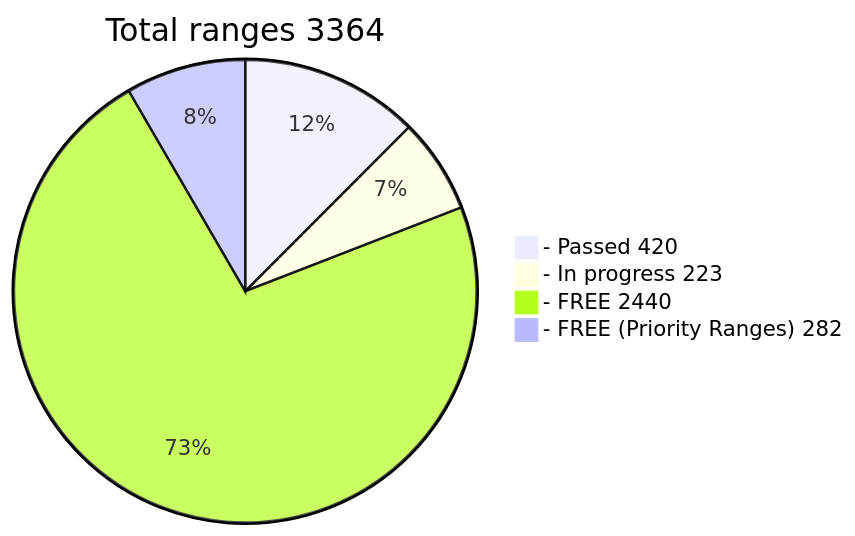
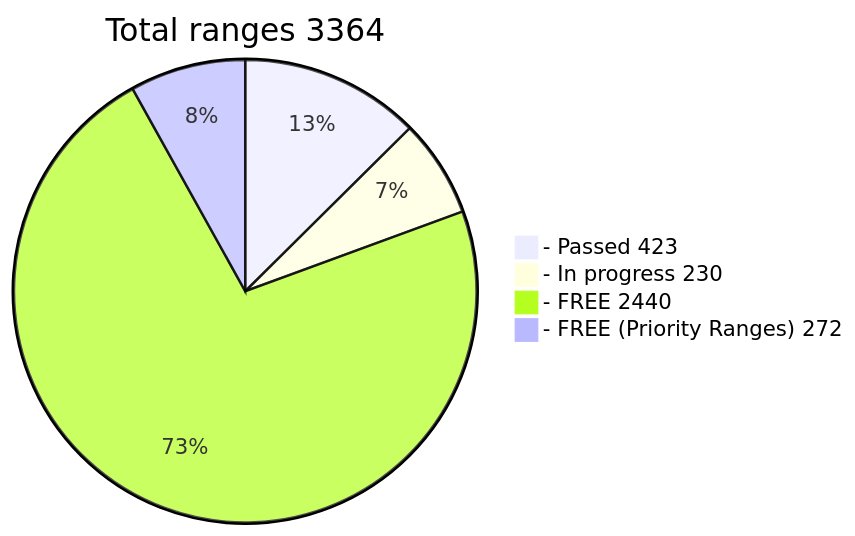
The diagram in README.md (phrutis/wif500), drawn with Mermaid before and after one commit.

````diff
--- a/README.md
+++ b/README.md
@@ -16,7 +16,7 @@
 ```mermaid
 pie title Total ranges 3364
-  "- Passed 420" : 420
-  "- In progress 223" : 223
+  "- Passed 423" : 423
+  "- In progress 230" : 230
   "- FREE 2440" : 2440
-  "- FREE (Priority Ranges) 282" : 282
+  "- FREE (Priority Ranges) 272" : 272
 ```
````
